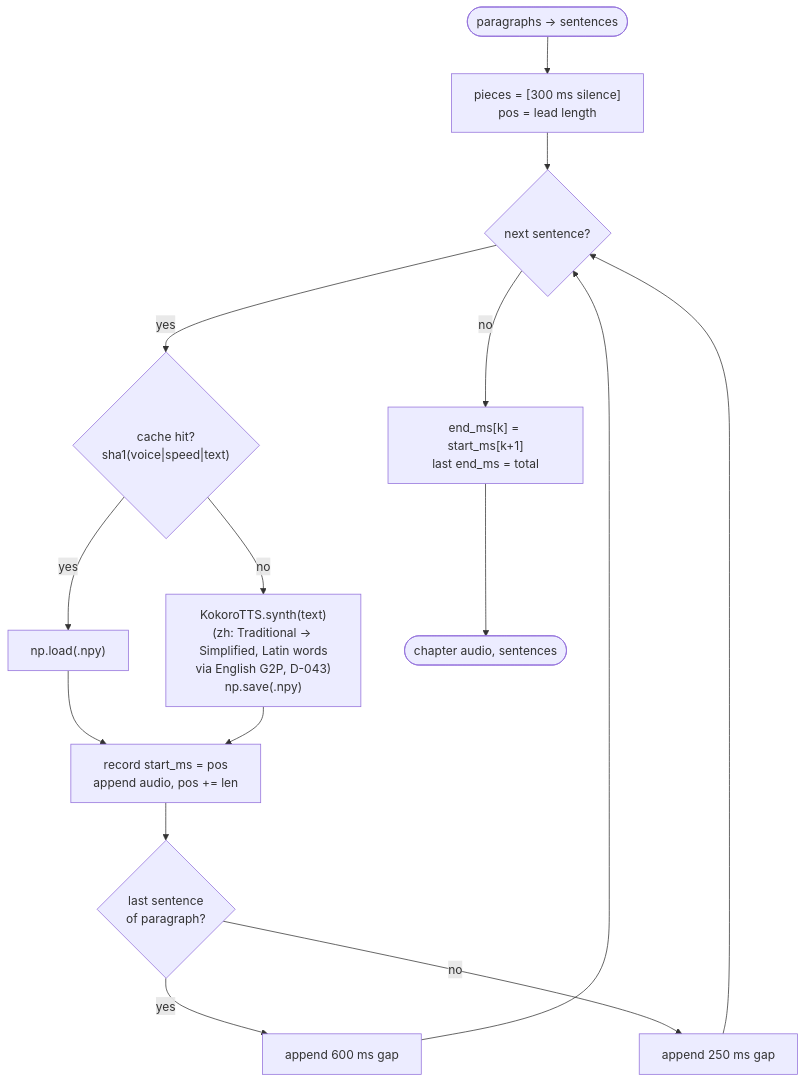
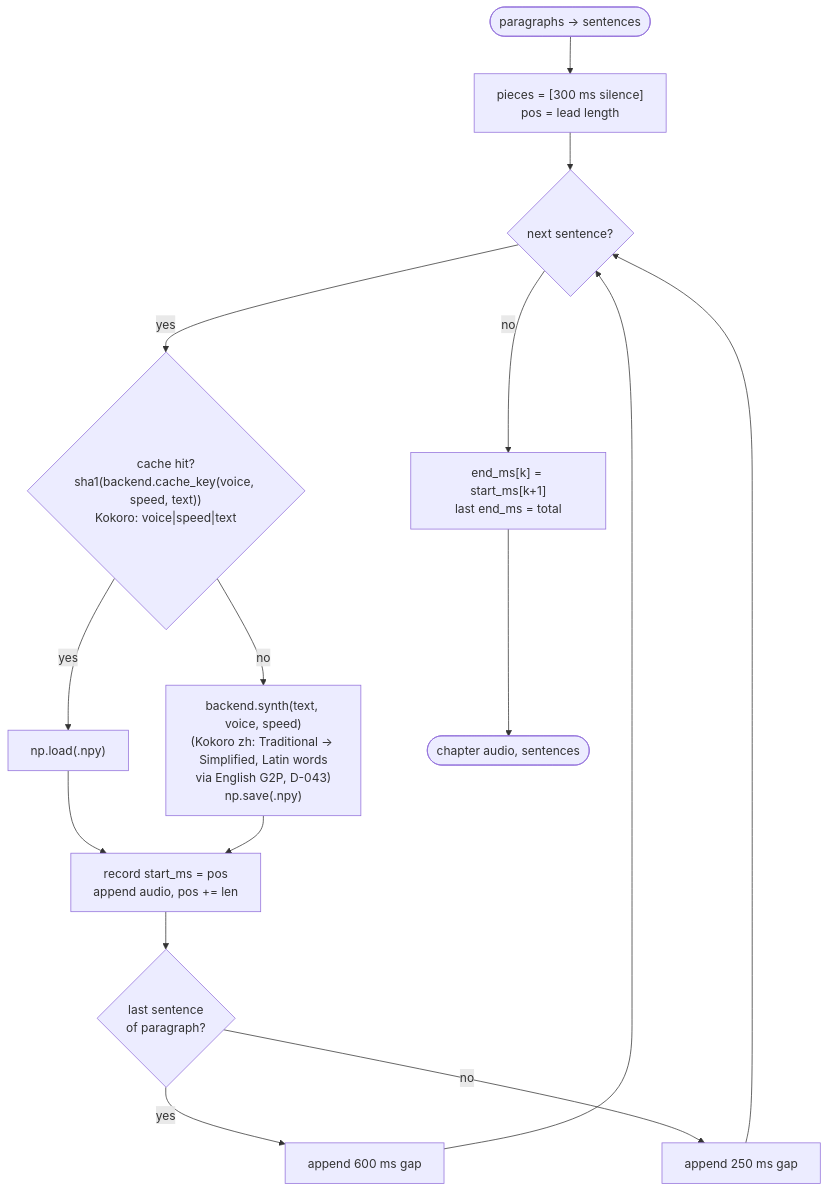
One commit to Fgkl10/ebook-convert-to-audio changed the fourth of 12 diagrams in desktop/docs/workflow.md. Above: the diagram before and after it, drawn with Mermaid. The commit also changed other lines of this file and 10 other files, not shown here.

First line of the commit message:
Docs: TTS backends (D-045), voice names (D-046, A-022), README

````diff
--- a/desktop/docs/workflow.md
+++ b/desktop/docs/workflow.md
@@ -116,17 +116,17 @@
 ```mermaid
 flowchart TD
     S([paragraphs → sentences]) --> L0["pieces = [300 ms silence]<br/>pos = lead length"]
     L0 --> N{next sentence?}
-    N -- yes --> C{"cache hit?<br/>sha1(voice|speed|text)"}
+    N -- yes --> C{"cache hit?<br/>sha1(backend.cache_key(voice, speed, text))<br/>Kokoro: voice|speed|text"}
     C -- yes --> R["np.load(.npy)"]
-    C -- no --> T["KokoroTTS.synth(text)<br/>(zh: Traditional → Simplified, Latin words<br/>via English G2P, D-043)<br/>np.save(.npy)"]
+    C -- no --> T["backend.synth(text, voice, speed)<br/>(Kokoro zh: Traditional → Simplified, Latin words<br/>via English G2P, D-043)<br/>np.save(.npy)"]
     R --> ST
     T --> ST["record start_ms = pos<br/>append audio, pos += len"]
     ST --> G{last sentence<br/>of paragraph?}
     G -- yes --> PG["append 600 ms gap"]
     G -- no --> SG["append 250 ms gap"]
     PG --> N
     SG --> N
     N -- no --> E["end_ms[k] = start_ms[k+1]<br/>last end_ms = total"]
     E --> O([chapter audio, sentences])
 ```
````
